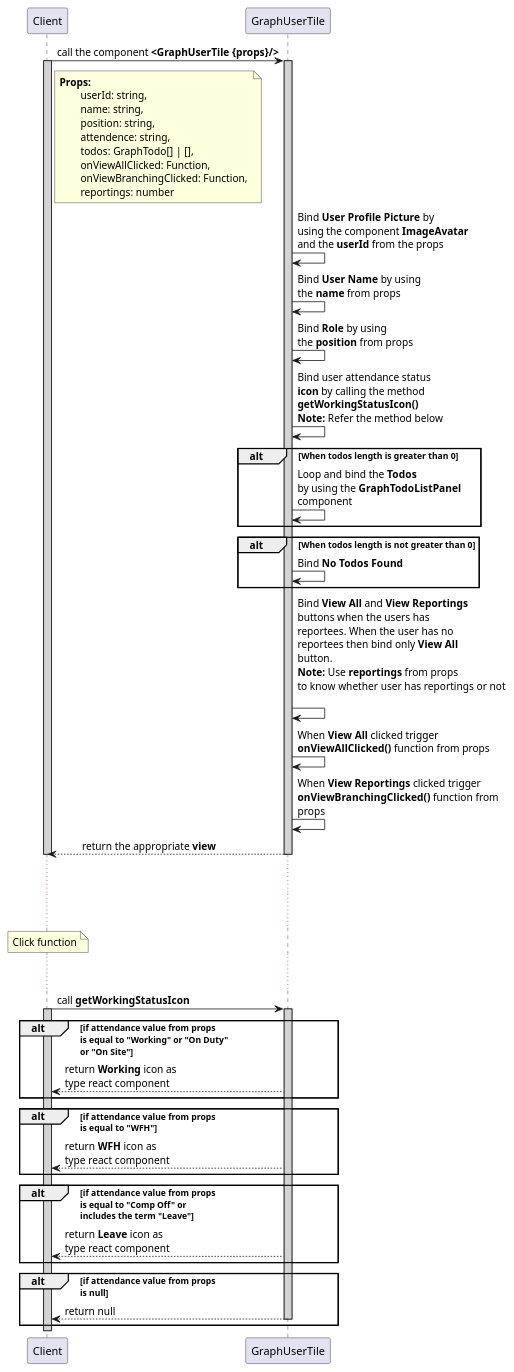
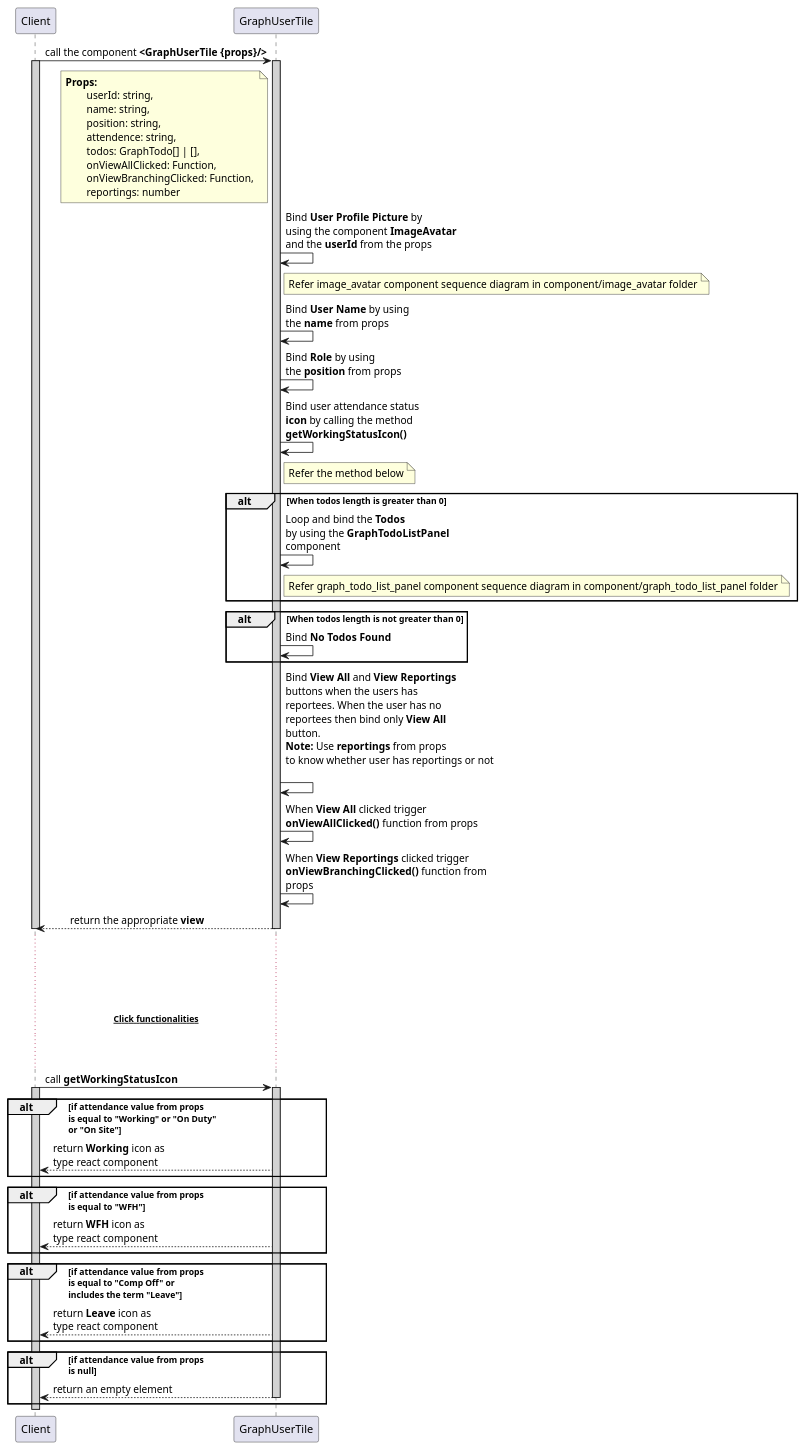
The diagram in frontend/components/graph_user_tile/graph_user_tile.sequence.puml (avasoft-mobility/workday-design), drawn with PlantUML before and after one commit. The commit also changed 1 other file, not shown here.

Commit message:
Chnage refer and response in addtodopanel and garphUserTile

```diff
--- a/frontend/components/graph_user_tile/graph_user_tile.sequence.puml
+++ b/frontend/components/graph_user_tile/graph_user_tile.sequence.puml
@@ -1,61 +1,64 @@
 @startuml GraphUserTile
 participant Client
 participant GraphUserTile
 
 Client -> GraphUserTile : call the component **<GraphUserTile {props}/>**
 activate Client #D3D3D3
 activate GraphUserTile #D3D3D3
 
-note right of Client:**Props:** \n\tuserId: string, \n\tname: string, \n\tposition: string, \n\tattendence: string, \n\ttodos: GraphTodo[] | [], \n\tonViewAllClicked: Function, \n\tonViewBranchingClicked: Function, \n\treportings: number
+note left of GraphUserTile:**Props:** \n\tuserId: string, \n\tname: string, \n\tposition: string, \n\tattendence: string, \n\ttodos: GraphTodo[] | [], \n\tonViewAllClicked: Function, \n\tonViewBranchingClicked: Function, \n\treportings: number
 
 GraphUserTile -> GraphUserTile : Bind **User Profile Picture** by \nusing the component **ImageAvatar** \nand the **userId** from the props
+note right of GraphUserTile : Refer image_avatar component sequence diagram in component/image_avatar folder
 GraphUserTile -> GraphUserTile : Bind **User Name** by using \nthe **name** from props
 GraphUserTile -> GraphUserTile : Bind **Role** by using \nthe **position** from props
-GraphUserTile -> GraphUserTile : Bind user attendance status \n**icon** by calling the method \n**getWorkingStatusIcon()** \n**Note:** Refer the method below
+GraphUserTile -> GraphUserTile : Bind user attendance status \n**icon** by calling the method \n**getWorkingStatusIcon()**
+note right of GraphUserTile : Refer the method below
 
 alt When todos length is greater than 0
     GraphUserTile -> GraphUserTile : Loop and bind the **Todos** \nby using the **GraphTodoListPanel** \ncomponent
+    note right of GraphUserTile : Refer graph_todo_list_panel component sequence diagram in component/graph_todo_list_panel folder
 end
 
 alt When todos length is not greater than 0
     GraphUserTile -> GraphUserTile : Bind **No Todos Found**
 end
 
 GraphUserTile -> GraphUserTile : Bind **View All** and **View Reportings** \nbuttons when the users has \nreportees. When the user has no \nreportees then bind only **View All** \nbutton. \n**Note:** Use **reportings** from props \nto know whether user has reportings or not\n
 GraphUserTile -> GraphUserTile : When **View All** clicked trigger \n**onViewAllClicked()** function from props
 GraphUserTile -> GraphUserTile : When **View Reportings** clicked trigger \n**onViewBranchingClicked()** function from \nprops
 
 
 Client <-- GraphUserTile : \treturn the appropriate **view**
 deactivate GraphUserTile
 deactivate Client
 
 ... ...
 ... ...
-note over Client: Click function
+...~~**Click functionalities**~~...
 ... ...
 
 Client -> GraphUserTile: call **getWorkingStatusIcon**
 activate Client #D3D3D3
 activate GraphUserTile #D3D3D3
 
-alt if attendance value from props \nis equal to "Working" or "On Duty" \nor "On Site"
-    GraphUserTile --> Client : return **Working** icon as \ntype react component
-end
+    alt if attendance value from props \nis equal to "Working" or "On Duty" \nor "On Site"
+        GraphUserTile --> Client : return **Working** icon as \ntype react component
+    end
 
-alt if attendance value from props \nis equal to "WFH"
-    GraphUserTile --> Client : return **WFH** icon as \ntype react component
-end
+    alt if attendance value from props \nis equal to "WFH"
+        GraphUserTile --> Client : return **WFH** icon as \ntype react component
+    end
 
-alt if attendance value from props \nis equal to "Comp Off" or \nincludes the term "Leave"
-    GraphUserTile --> Client : return **Leave** icon as \ntype react component
-end
+    alt if attendance value from props \nis equal to "Comp Off" or \nincludes the term "Leave"
+        GraphUserTile --> Client : return **Leave** icon as \ntype react component
+    end
 
-alt if attendance value from props \nis null
-    GraphUserTile --> Client : return null
-    deactivate GraphUserTile
-end
+    alt if attendance value from props \nis null
+        GraphUserTile --> Client : return an empty element
+        deactivate GraphUserTile
+    end
 
 deactivate Client
 
 @enduml
```
